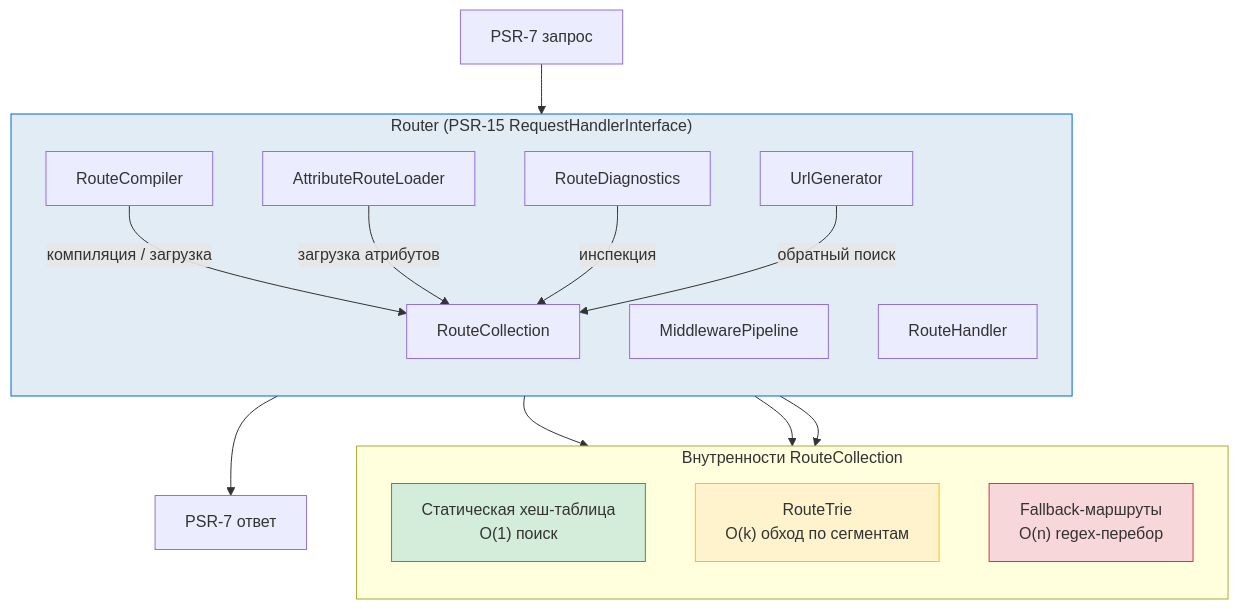
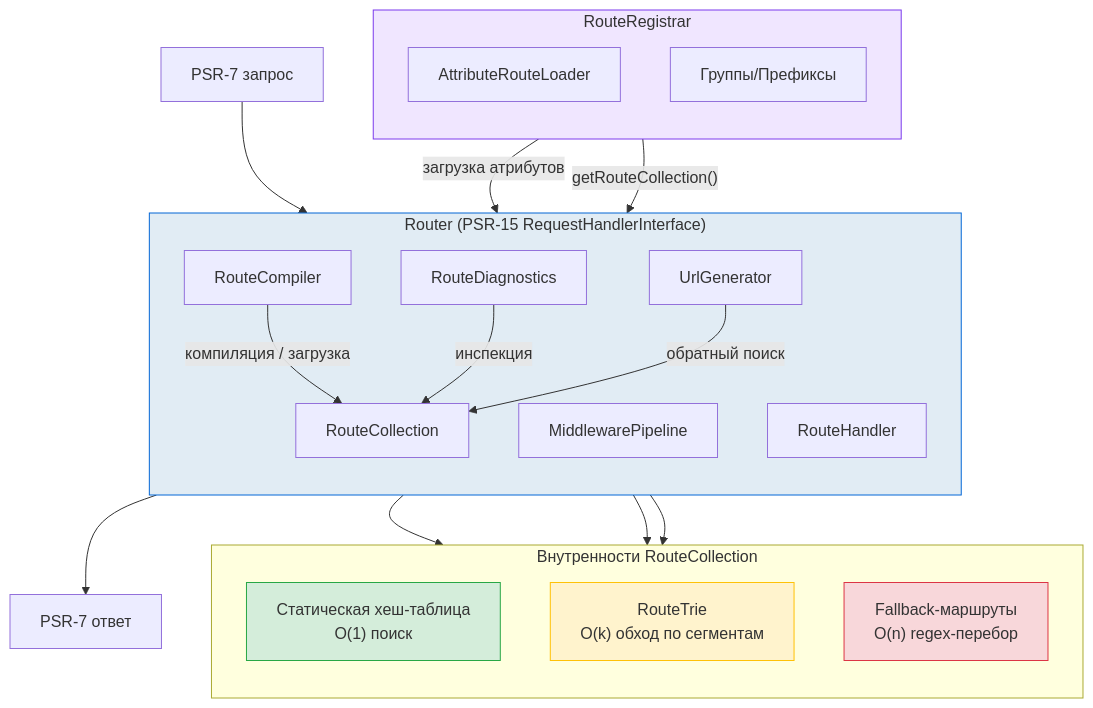
Before and after one commit to ascetic-soft/Waypoint: the eighth of 8 diagrams in ru/internals.md, drawn with Mermaid. The commit also changed other lines of this file and 13 other files, not shown here.

Commit message:
Update documentation for v1.2.1: RouteRegistrar API, optional PSR deps, trie optimizations

````diff
--- a/ru/internals.md
+++ b/ru/internals.md
@@ -361,36 +368,43 @@
 ```mermaid
 flowchart TB
-    subgraph Router["Router (PSR-15 RequestHandlerInterface)"]
+    subgraph Registration["RouteRegistrar"]
+        direction TB
+        ARL["AttributeRouteLoader"]
+        GROUPS["Группы/Префиксы"]
+    end
+
+    subgraph Dispatch["Router (PSR-15 RequestHandlerInterface)"]
         direction TB
         RC["RouteCollection"]
-        ARL["AttributeRouteLoader"]
         MP["MiddlewarePipeline"]
         RH["RouteHandler"]
         UG["UrlGenerator"]
         COMP["RouteCompiler"]
         DIAG["RouteDiagnostics"]
     end
 
     subgraph RouteCollection_internal["Внутренности RouteCollection"]
         direction TB
         ST["Статическая хеш-таблица<br/>O(1) поиск"]
         TRIE["RouteTrie<br/>O(k) обход по сегментам"]
         FB["Fallback-маршруты<br/>O(n) regex-перебор"]
     end
 
+    Registration -->|"getRouteCollection()"| RC
     RC --> ST
     RC --> TRIE
     RC --> FB
 
-    PSR7["PSR-7 запрос"] --> Router
-    Router --> PSR7R["PSR-7 ответ"]
+    PSR7["PSR-7 запрос"] --> Dispatch
+    Dispatch --> PSR7R["PSR-7 ответ"]
     COMP -->|"компиляция / загрузка"| RC
     ARL -->|"загрузка атрибутов"| RC
     DIAG -->|"инспекция"| RC
     UG -->|"обратный поиск"| RC
 
-    style Router fill:#e1ecf4,stroke:#0366d6
+    style Registration fill:#f0e6ff,stroke:#7c3aed
+    style Dispatch fill:#e1ecf4,stroke:#0366d6
     style ST fill:#d4edda,stroke:#28a745
     style TRIE fill:#fff3cd,stroke:#ffc107
     style FB fill:#f8d7da,stroke:#dc3545
 ```
````
